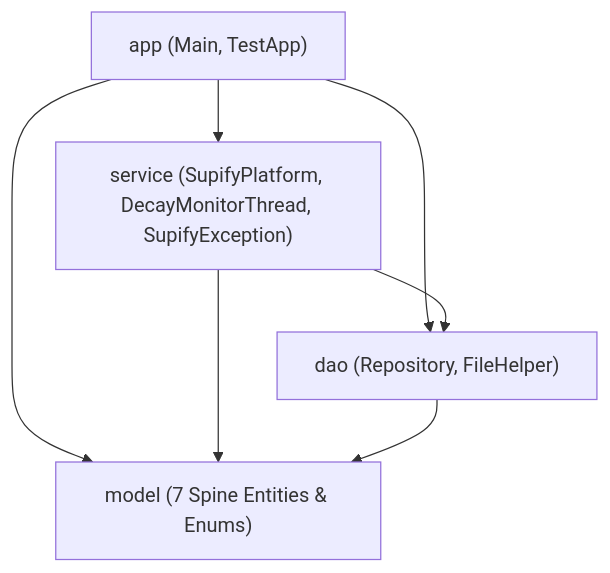
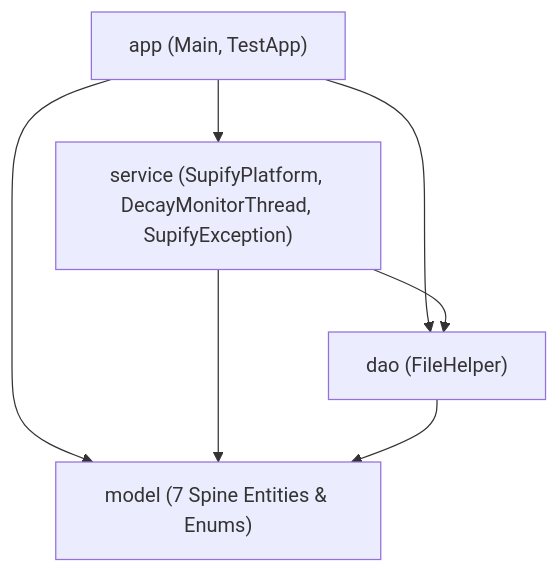
Before and after one commit to tanish19078/supify: the first of 2 diagrams in docs/backend-architecture.md, drawn with Mermaid. The commit also changed other lines of this file and 9 other files, not shown here.

````diff
--- a/docs/backend-architecture.md
+++ b/docs/backend-architecture.md
@@ -9,10 +9,10 @@
 ```mermaid
 flowchart TD
     APP["app (Main, TestApp)"] --> SVC["service (SupifyPlatform, DecayMonitorThread, SupifyException)"]
-    APP --> DAO["dao (Repository, FileHelper)"]
+    APP --> DAO["dao (FileHelper)"]
     APP --> MODEL["model (7 Spine Entities & Enums)"]
 
     SVC --> DAO
     SVC --> MODEL
     DAO --> MODEL
 ```
````
